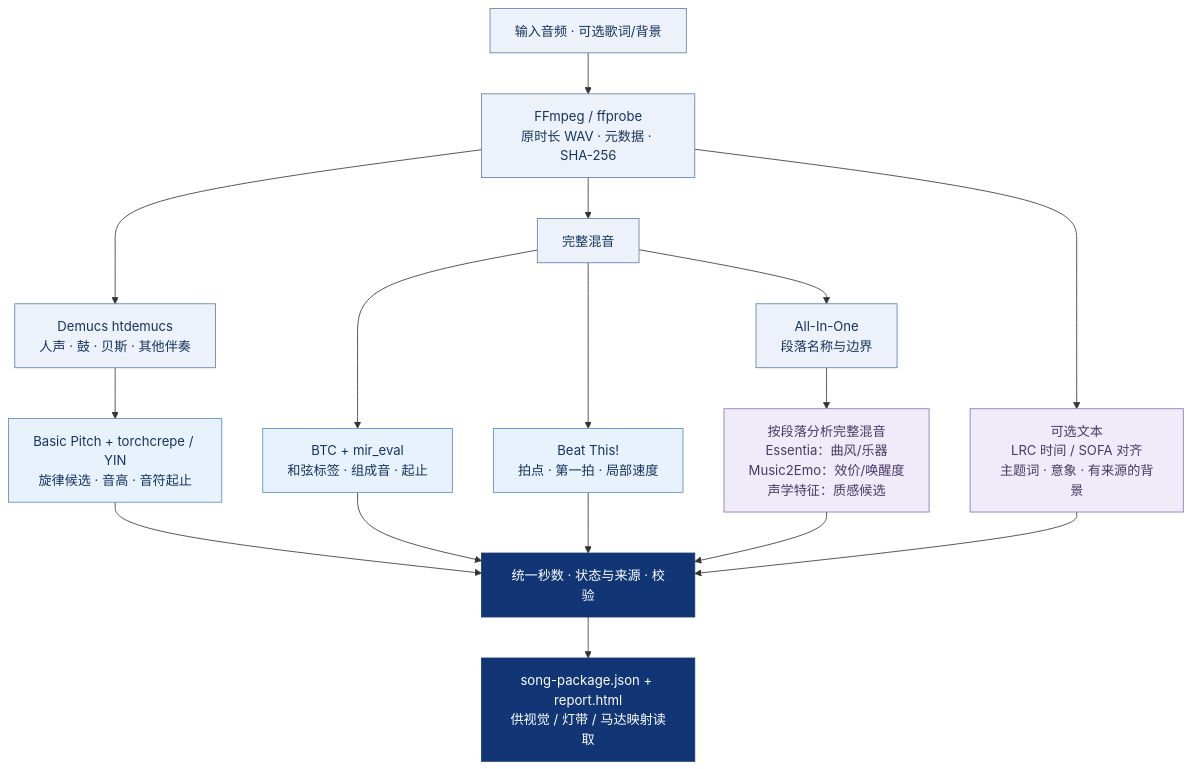
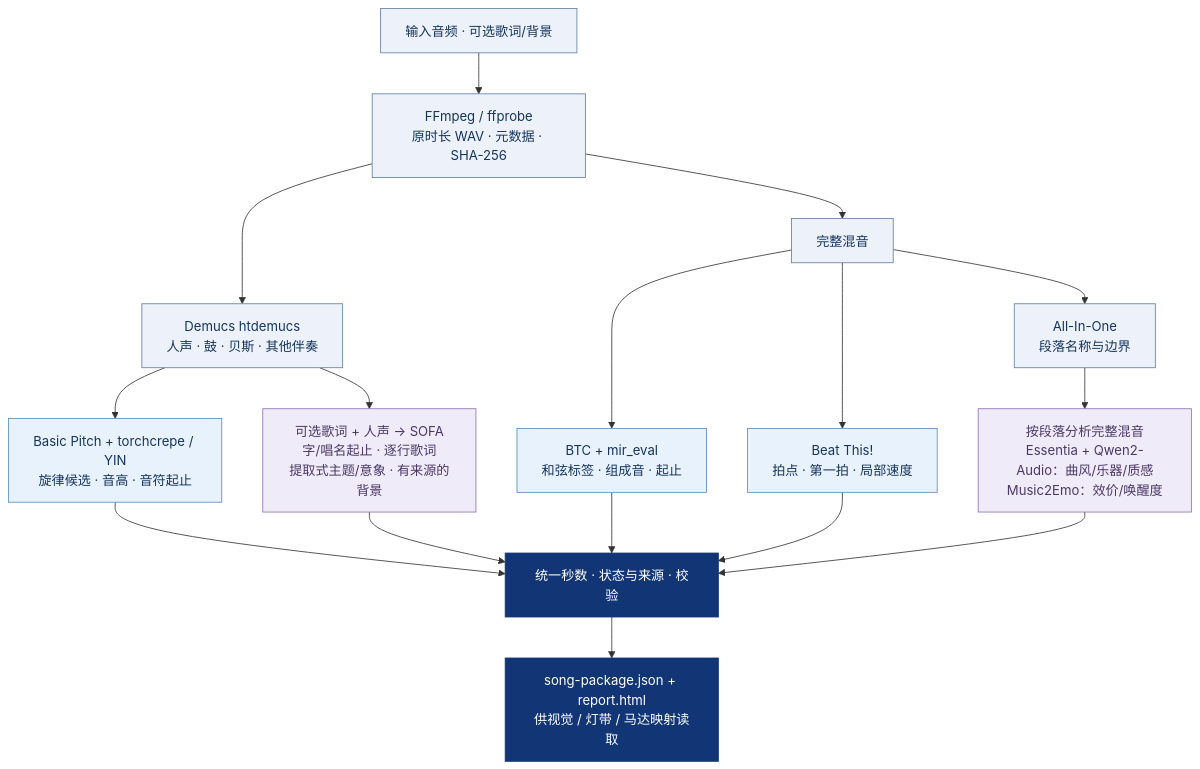
One commit to Fragile-greensleeves/cross-sensory-music-preprocessor changed the diagram in README.md. Above: the diagram before and after it, drawn with Mermaid. The commit also changed other lines of this file and 33 other files, not shown here.

Commit message:
Run real Qwen2-Audio and SOFA models with audited full-song output (#2)

````diff
--- a/README.md
+++ b/README.md
@@ -9,26 +9,26 @@
 ```mermaid
 flowchart TB
     A["输入音频 · 可选歌词/背景"] --> B["FFmpeg / ffprobe<br/>原时长 WAV · 元数据 · SHA-256"]
     B --> C["Demucs htdemucs<br/>人声 · 鼓 · 贝斯 · 其他伴奏"]
     B --> D["完整混音"]
     C --> M["Basic Pitch + torchcrepe / YIN<br/>旋律候选 · 音高 · 音符起止"]
     D --> H["BTC + mir_eval<br/>和弦标签 · 组成音 · 起止"]
     D --> R["Beat This!<br/>拍点 · 第一拍 · 局部速度"]
     D --> S["All-In-One<br/>段落名称与边界"]
-    S --> E["按段落分析完整混音<br/>Essentia：曲风/乐器<br/>Music2Emo：效价/唤醒度<br/>声学特征：质感候选"]
-    B --> L["可选文本<br/>LRC 时间 / SOFA 对齐<br/>主题词 · 意象 · 有来源的背景"]
+    S --> E["按段落分析完整混音<br/>Essentia + Qwen2-Audio：曲风/乐器/质感<br/>Music2Emo：效价/唤醒度"]
+    C --> L["可选歌词 + 人声 → SOFA<br/>字/唱名起止 · 逐行歌词<br/>提取式主题/意象 · 有来源的背景"]
     M --> Q["统一秒数 · 状态与来源 · 校验"]
     H --> Q
     R --> Q
     E --> Q
     L --> Q
     Q --> O["song-package.json + report.html<br/>供视觉 / 灯带 / 马达映射读取"]
     classDef base fill:#EDF2FA,stroke:#617DA6,color:#15345E;
     classDef instant fill:#E8F2FD,stroke:#578BC2,color:#15345E;
     classDef descr fill:#F0EBF8,stroke:#8974B1,color:#493966;
     classDef output fill:#123675,stroke:#123675,color:#FFFFFF;
     class A,B,C,D,S base;
     class M,H,R instant;
     class E,L descr;
     class Q,O output;
 ```
````
